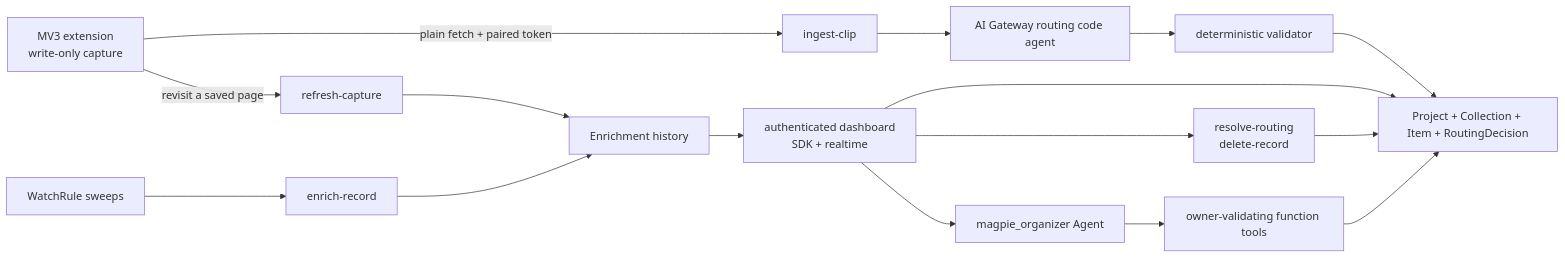
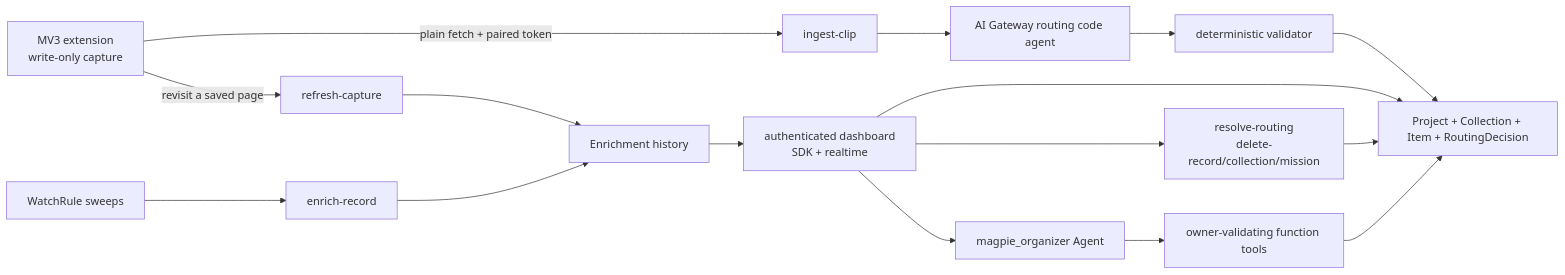
The diagram in README.md (Bazingalol123/magpie), drawn with Mermaid before and after one commit. The commit also changed other lines of this file and 21 other files, not shown here.

````diff
--- a/README.md
+++ b/README.md
@@ -39,20 +40,20 @@
 ```mermaid
 flowchart LR
   EXT["MV3 extension<br/>write-only capture"] -->|"plain fetch + paired token"| INGEST["ingest-clip"]
   EXT -->|"revisit a saved page"| REFRESHCAP["refresh-capture"]
   INGEST --> ROUTER["AI Gateway routing code agent"]
   ROUTER --> VALIDATOR["deterministic validator"]
   VALIDATOR --> MODEL["Project + Collection + Item + RoutingDecision"]
 
   DASH["authenticated dashboard<br/>SDK + realtime"] --> MODEL
-  DASH --> REVIEW["resolve-routing<br/>delete-record"]
+  DASH --> REVIEW["resolve-routing<br/>delete-record/collection/mission"]
   REVIEW --> MODEL
   DASH --> CHAT["magpie_organizer Agent"]
   CHAT --> TOOLS["owner-validating function tools"]
   TOOLS --> MODEL
 
   WATCH["WatchRule sweeps"] --> ENRICH["enrich-record"]
   REFRESHCAP --> HISTORY["Enrichment history"]
   ENRICH --> HISTORY
   HISTORY --> DASH
 ```
````
